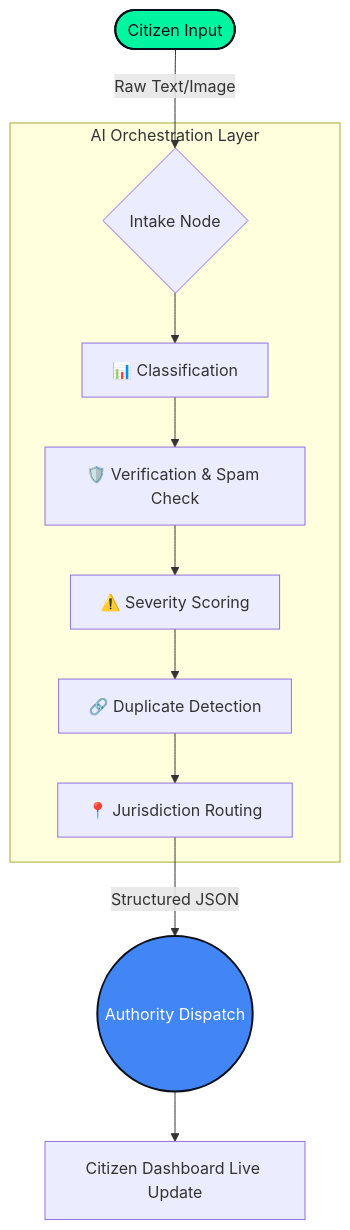
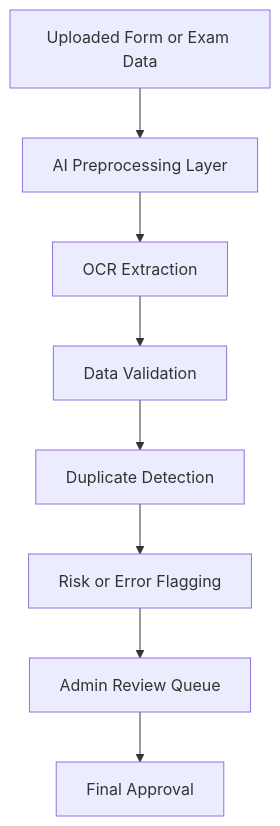
The third of 8 diagrams in README.md (MURPHIOP/ExamFlow), drawn with Mermaid before and after one commit. The commit also changed other lines of this file, not shown here.

````diff
--- a/README.md
+++ b/README.md
@@ -58,19 +253,10 @@
 ```mermaid
 graph TD
-    A([Citizen Input]) -->|Raw Text/Image| B{Intake Node}
-    
-    subgraph AI Orchestration Layer
-    B --> C[📊 Classification]
-    C --> D[🛡️ Verification & Spam Check]
-    D --> E[⚠️ Severity Scoring]
-    E --> F[🔗 Duplicate Detection]
-    F --> G[📍 Jurisdiction Routing]
-    end
-    
-    G -->|Structured JSON| H((Authority Dispatch))
-    H --> I[Citizen Dashboard Live Update]
-    
-    style A fill:#00F5A0,stroke:#0B0F1A,stroke-width:2px,color:#0B0F1A
-    style H fill:#4285F4,stroke:#0B0F1A,stroke-width:2px,color:#fff
-
+    A[Uploaded Form or Exam Data] --> B[AI Preprocessing Layer]
+    B --> C[OCR Extraction]
+    C --> D[Data Validation]
+    D --> E[Duplicate Detection]
+    E --> F[Risk or Error Flagging]
+    F --> G[Admin Review Queue]
+    G --> H[Final Approval]
 ```
````
